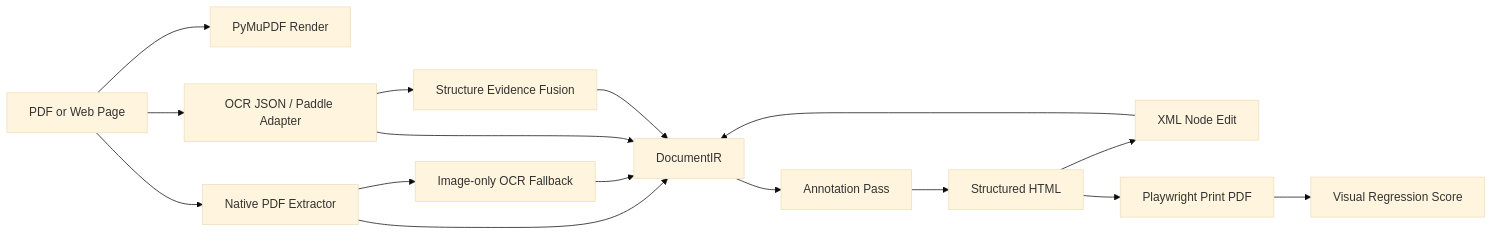
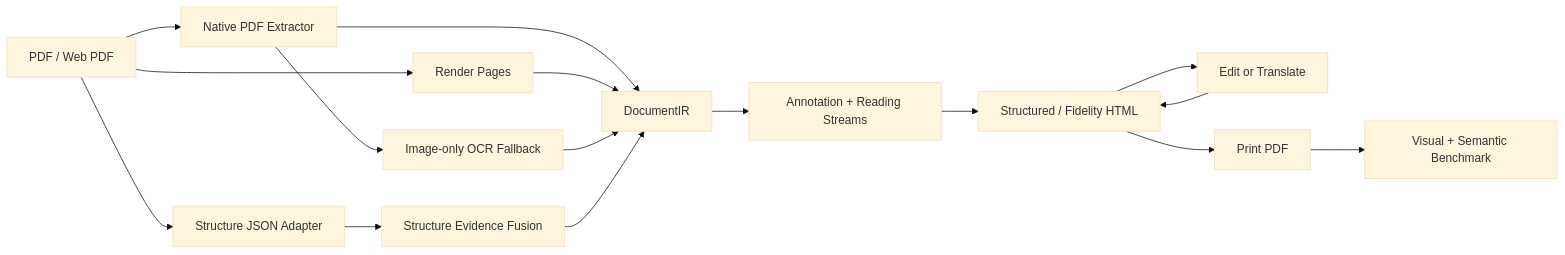
The diagram in README.en.md (followcat/Scriptorium), drawn with Mermaid (base theme) before and after one commit. The commit also changed other lines of this file and 2 other files, not shown here.

````diff
--- a/README.en.md
+++ b/README.en.md
@@ -302,18 +124,18 @@
 ```mermaid
 flowchart LR
-  A[PDF or Web Page] --> B[PyMuPDF Render]
-  A --> C[Native PDF Extractor]
-  C --> L[Image-only OCR Fallback]
-  A --> D[OCR JSON / Paddle Adapter]
-  D --> K[Structure Evidence Fusion]
-  C --> E[DocumentIR]
-  L --> E
-  D --> E
-  K --> E
-  E --> F[Annotation Pass]
-  F --> G[Structured HTML]
-  G --> H[XML Node Edit]
-  H --> E
-  G --> I[Playwright Print PDF]
-  I --> J[Visual Regression Score]
+  A[PDF / Web PDF] --> B[Native PDF Extractor]
+  A --> C[Render Pages]
+  B --> D[Image-only OCR Fallback]
+  A --> E[Structure JSON Adapter]
+  E --> F[Structure Evidence Fusion]
+  B --> G[DocumentIR]
+  C --> G
+  D --> G
+  F --> G
+  G --> H[Annotation + Reading Streams]
+  H --> I[Structured / Fidelity HTML]
+  I --> J[Edit or Translate]
+  J --> I
+  I --> K[Print PDF]
+  K --> L[Visual + Semantic Benchmark]
 ```
````
